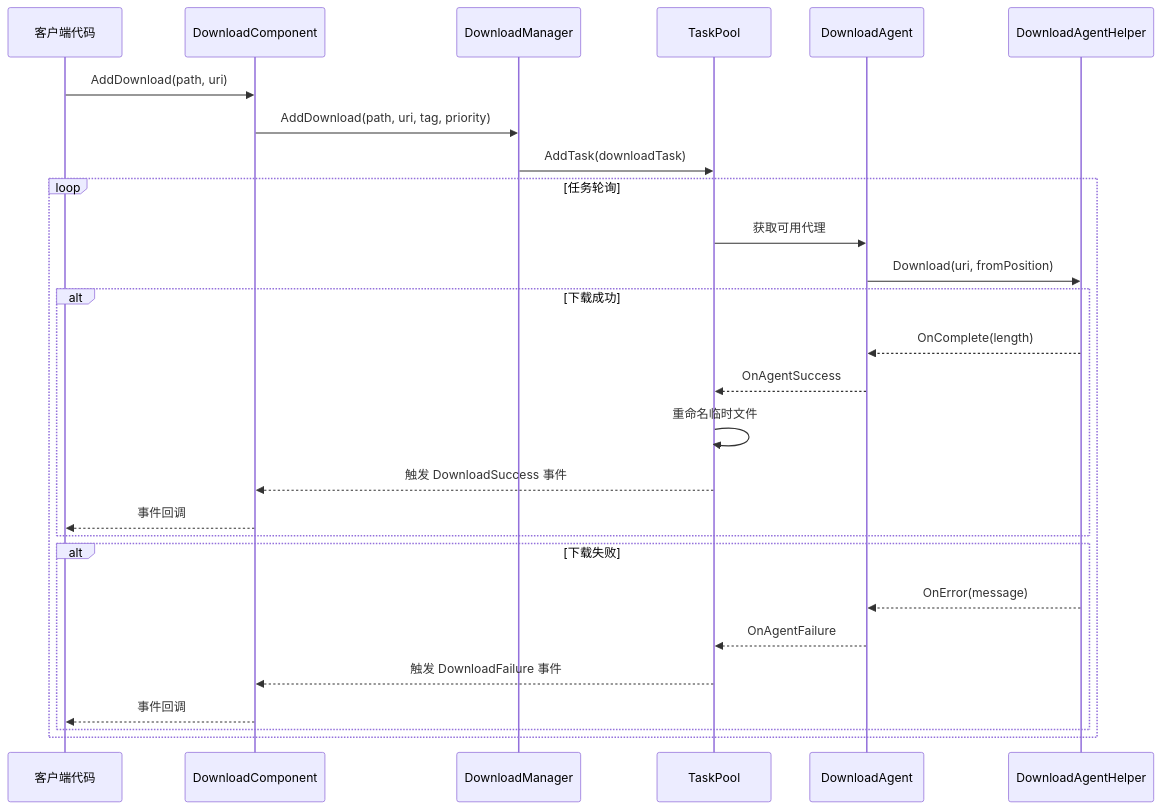
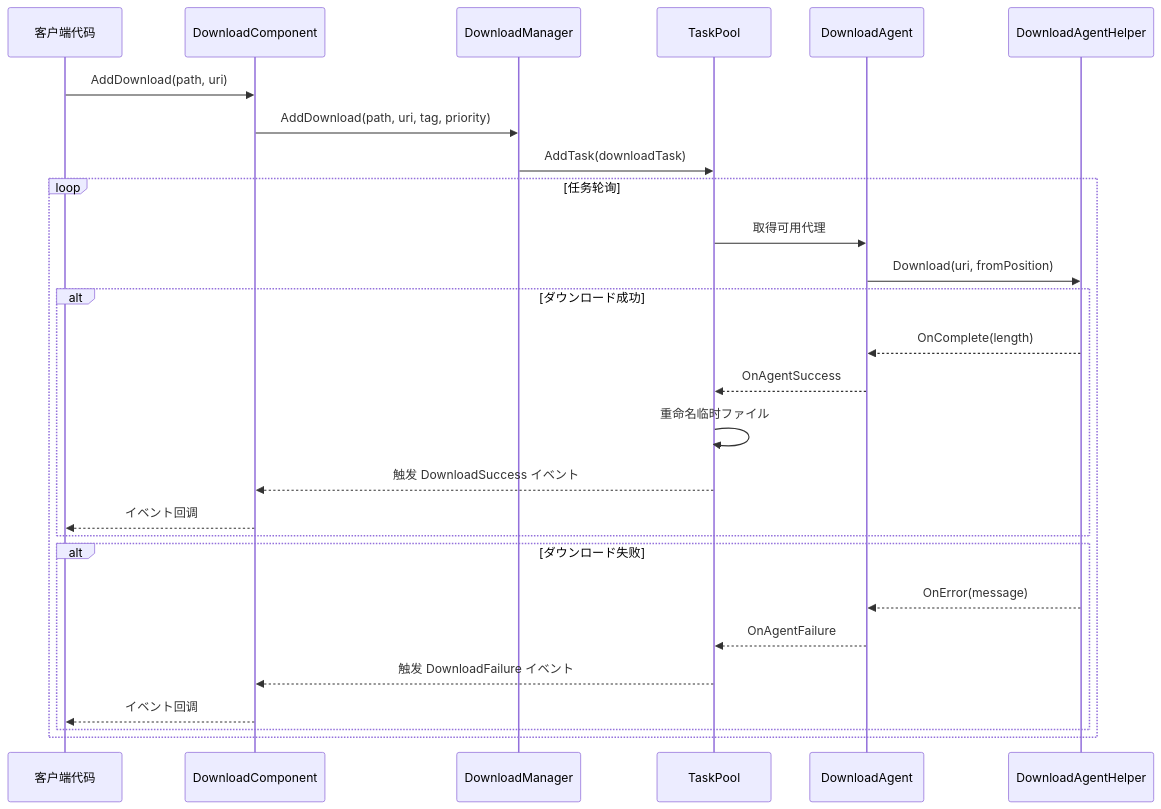
The third of 5 diagrams in docs/ja/client/unity/component/download/05.architecture.md (AlianBlank/GameFrameX.Docs), drawn with Mermaid before and after one commit. The commit also changed other lines of this file and 603 other files, not shown here.

````diff
--- a/docs/ja/client/unity/component/download/05.architecture.md
+++ b/docs/ja/client/unity/component/download/05.architecture.md
@@ -207,33 +207,33 @@
 ```mermaid
 sequenceDiagram
     participant Client as 客户端代码
     participant DC as DownloadComponent
     participant DM as DownloadManager
     participant TP as TaskPool
     participant DA as DownloadAgent
     participant Helper as DownloadAgentHelper
 
     Client->>DC: AddDownload(path, uri)
     DC->>DM: AddDownload(path, uri, tag, priority)
     DM->>TP: AddTask(downloadTask)
     
     loop 任务轮询
-        TP->>DA: 获取可用代理
+        TP->>DA: 取得可用代理
         DA->>Helper: Download(uri, fromPosition)
         
-        alt 下载成功
+        alt ダウンロード成功
             Helper-->>DA: OnComplete(length)
             DA-->>TP: OnAgentSuccess
-            TP->>TP: 重命名临时文件
-            TP-->>DC: 触发 DownloadSuccess 事件
-            DC-->>Client: 事件回调
+            TP->>TP: 重命名临时ファイル
+            TP-->>DC: 触发 DownloadSuccess イベント
+            DC-->>Client: イベント回调
         end
         
-        alt 下载失败
+        alt ダウンロード失败
             Helper-->>DA: OnError(message)
             DA-->>TP: OnAgentFailure
-            TP-->>DC: 触发 DownloadFailure 事件
-            DC-->>Client: 事件回调
+            TP-->>DC: 触发 DownloadFailure イベント
+            DC-->>Client: イベント回调
         end
     end
 ```
````
